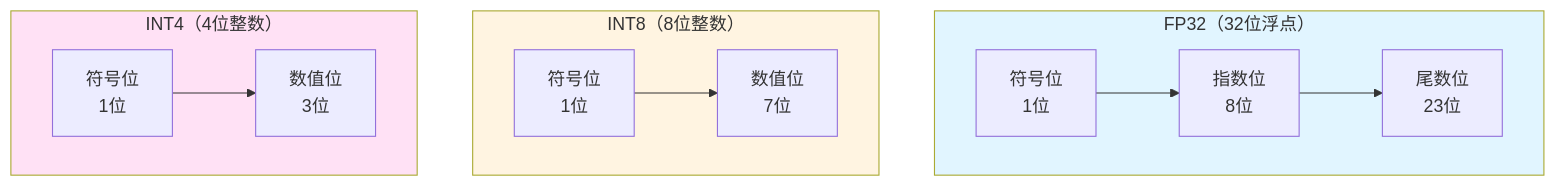
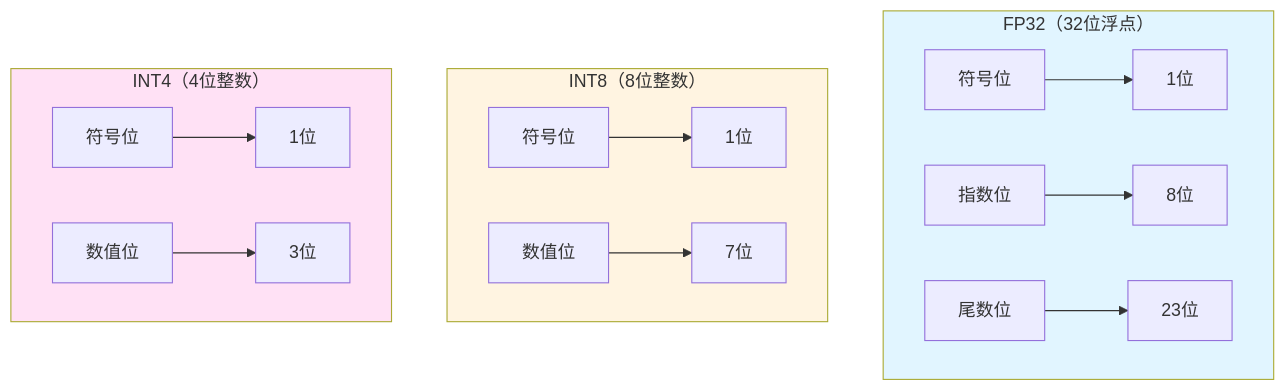
Before and after one commit to xdongp/xllm: the fourth of 26 diagrams in lesson/7.前向传播优化技术.md, drawn with Mermaid. The commit also changed other lines of this file and 39 other files, not shown here.

````diff
--- a/lesson/7.前向传播优化技术.md
+++ b/lesson/7.前向传播优化技术.md
@@ -139,25 +121,36 @@
 ```mermaid
 graph TB
     subgraph FP32["FP32（32位浮点）"]
-        A1[符号位<br/>1位]
-        A2[指数位<br/>8位]
-        A3[尾数位<br/>23位]
-        A1 --> A2 --> A3
+        A1[符号位]
+        A1a[1位]
+        A2[指数位]
+        A2a[8位]
+        A3[尾数位]
+        A3a[23位]
+        A1 --> A1a
+        A2 --> A2a
+        A3 --> A3a
     end
     
     subgraph INT8["INT8（8位整数）"]
-        B1[符号位<br/>1位]
-        B2[数值位<br/>7位]
-        B1 --> B2
+        B1[符号位]
+        B1a[1位]
+        B2[数值位]
+        B2a[7位]
+        B1 --> B1a
+        B2 --> B2a
     end
     
     subgraph INT4["INT4（4位整数）"]
-        C1[符号位<br/>1位]
-        C2[数值位<br/>3位]
-        C1 --> C2
+        C1[符号位]
+        C1a[1位]
+        C2[数值位]
+        C2a[3位]
+        C1 --> C1a
+        C2 --> C2a
     end
     
     style FP32 fill:#e1f5ff
     style INT8 fill:#fff4e1
     style INT4 fill:#ffe1f5
 ```
````
